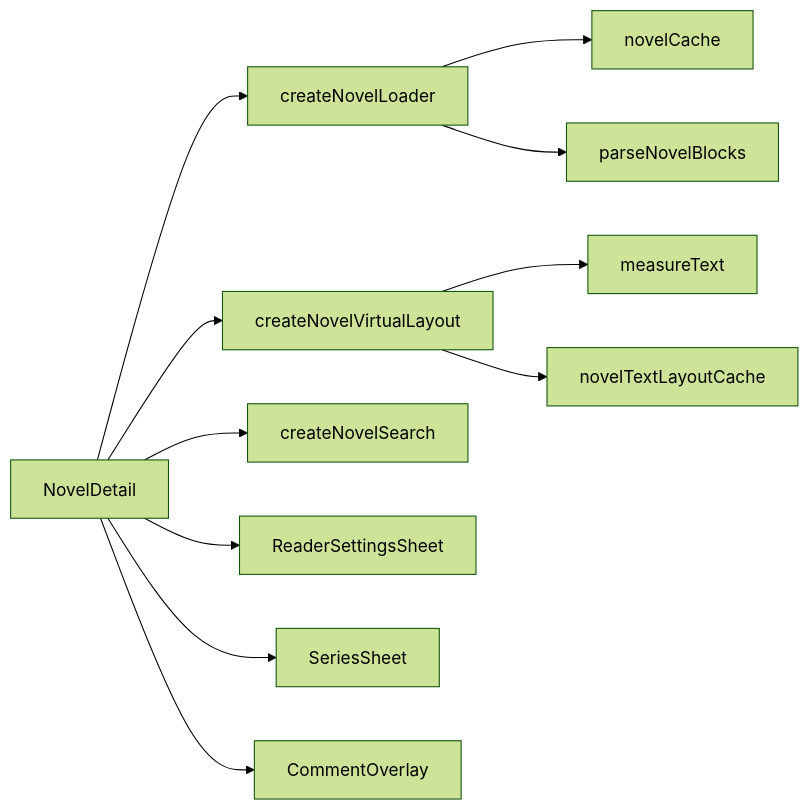
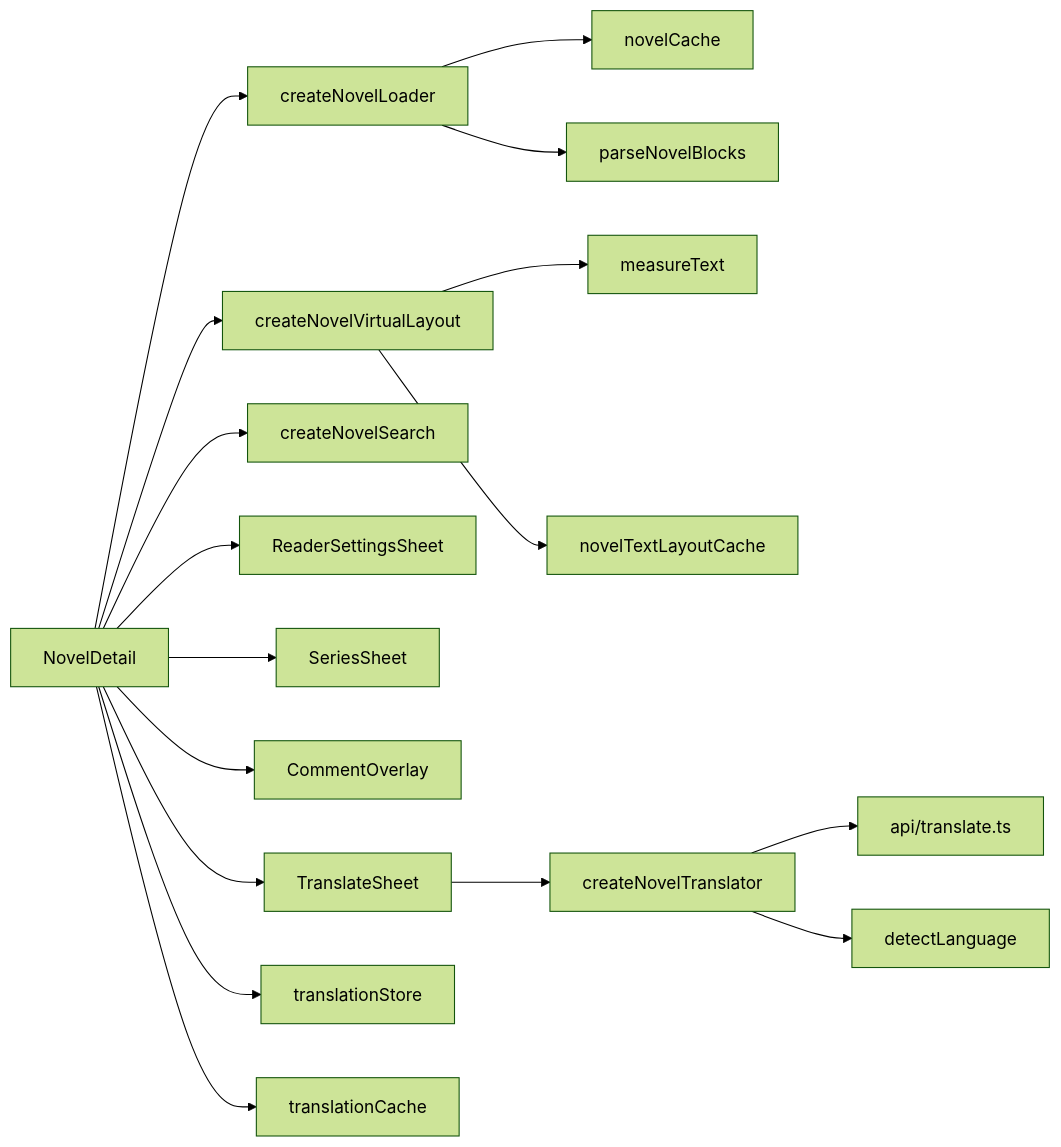
One commit to a1121611810/Pictelio changed the diagram in openwiki/domain/novel-reader.md. Above: the diagram before and after it, drawn with Mermaid (forest theme). The commit also changed other lines of this file and 4 other files, not shown here.

````diff
--- a/openwiki/domain/novel-reader.md
+++ b/openwiki/domain/novel-reader.md
@@ -27,13 +29,19 @@
 ```mermaid
 flowchart LR
     ND[NovelDetail] --> NL[createNovelLoader]
     NL --> NC[novelCache]
     NL --> PN[parseNovelBlocks]
     ND --> NV[createNovelVirtualLayout]
     NV --> MT[measureText]
     NV --> NTC[novelTextLayoutCache]
     ND --> NS[createNovelSearch]
     ND --> RSS[ReaderSettingsSheet]
     ND --> SS[SeriesSheet]
     ND --> CO[CommentOverlay]
+    ND --> TS[TranslateSheet]
+    ND --> TST[translationStore]
+    ND --> TC[translationCache]
+    TS --> CT[createNovelTranslator]
+    CT --> TX["api/translate.ts"]
+    CT --> DL[detectLanguage]
 ```
````
